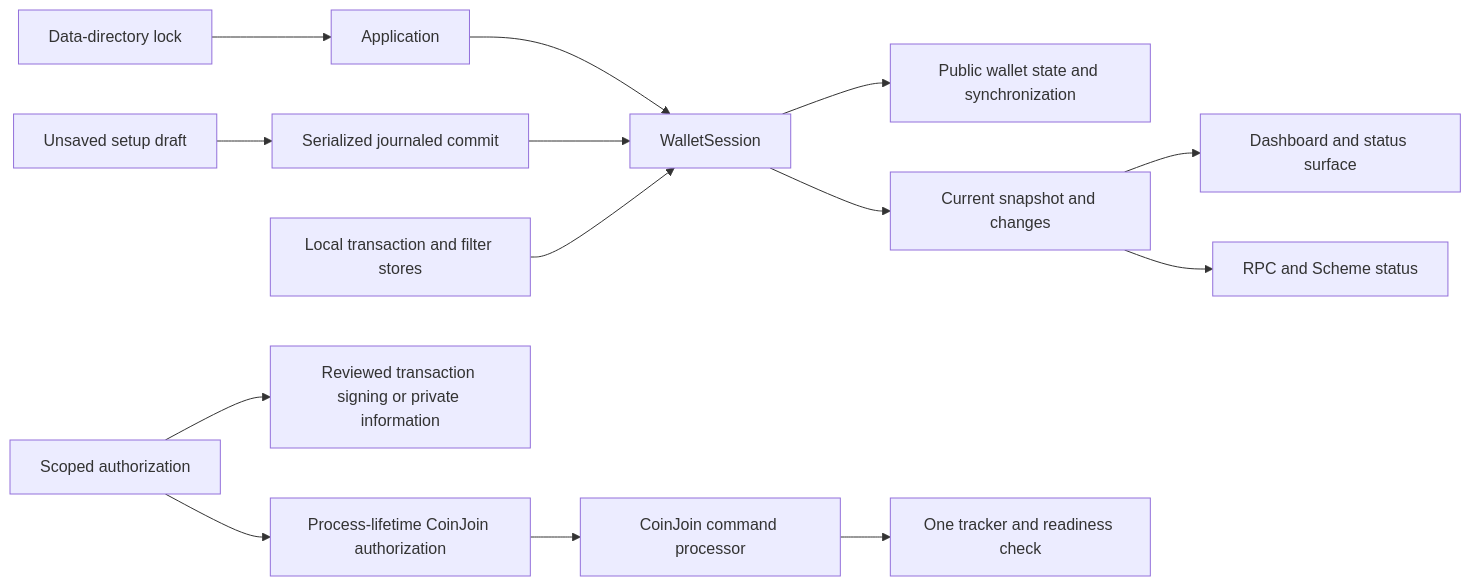
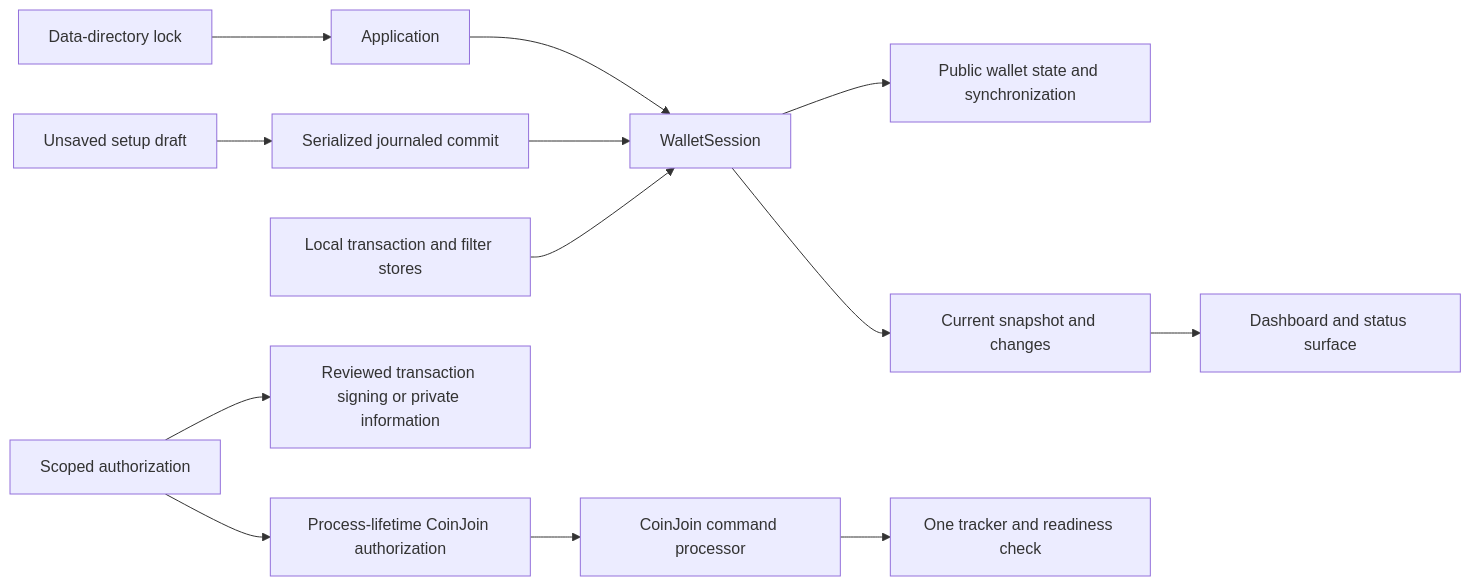
One commit to nopara73/MagicalCryptoWallet changed the diagram in MagicalCryptoWallet.Documentation/SingleWalletArchitecture.md. Above: the diagram before and after it, drawn with Mermaid. The commit also changed other lines of this file and 152 other files, not shown here.

````diff
--- a/MagicalCryptoWallet.Documentation/SingleWalletArchitecture.md
+++ b/MagicalCryptoWallet.Documentation/SingleWalletArchitecture.md
@@ -5,16 +5,15 @@
 ```mermaid
 flowchart LR
   lock[Data-directory lock] --> app[Application]
   app --> session[WalletSession]
   setup[Unsaved setup draft] --> commit[Serialized journaled commit]
   commit --> session
   stores[Local transaction and filter stores] --> session
   session --> public[Public wallet state and synchronization]
   session --> snapshot[Current snapshot and changes]
   snapshot --> dashboard[Dashboard and status surface]
-  snapshot --> rpc[RPC and Scheme status]
   authorization[Scoped authorization] --> sign[Reviewed transaction signing or private information]
   authorization --> cj[Process-lifetime CoinJoin authorization]
   cj --> actor[CoinJoin command processor]
   actor --> tracker[One tracker and readiness check]
 ```
````
